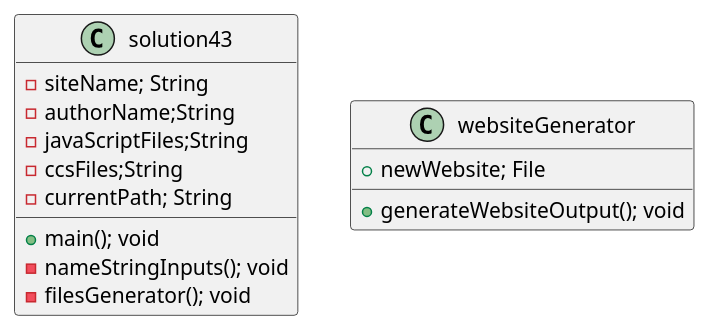
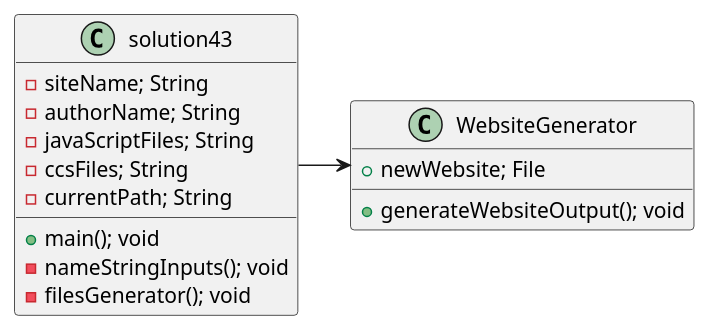
The diagram in src/main/java/oop/exercises/ex43/exercise43.puml (Ivedent-Lloyd-III/lloyd-cop3330-assignment3), drawn with PlantUML before and after one commit. The commit also changed 10 other files, not shown here.

```diff
--- a/src/main/java/oop/exercises/ex43/exercise43.puml
+++ b/src/main/java/oop/exercises/ex43/exercise43.puml
@@ -1,25 +1,27 @@
 @startuml
+
+solution43->WebsiteGenerator
 
 class solution43
 
 class solution43 {
 -siteName; String
--authorName;String
--javaScriptFiles;String
--ccsFiles;String
+-authorName; String
+-javaScriptFiles; String
+-ccsFiles; String
 -currentPath; String
 
 +main(); void
 -nameStringInputs(); void
 -filesGenerator(); void
 
 }
 
-class websiteGenerator{
+class WebsiteGenerator{
 +newWebsite; File
 
 +generateWebsiteOutput(); void
 
 }
 
 @enduml
```
